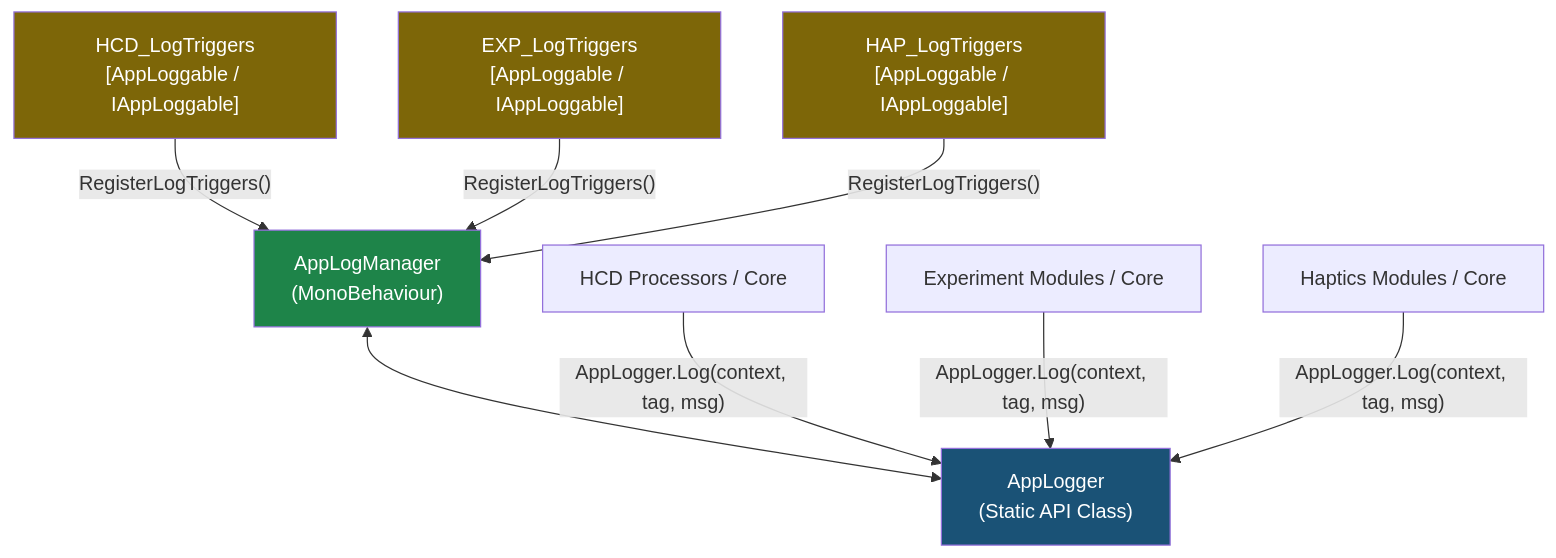
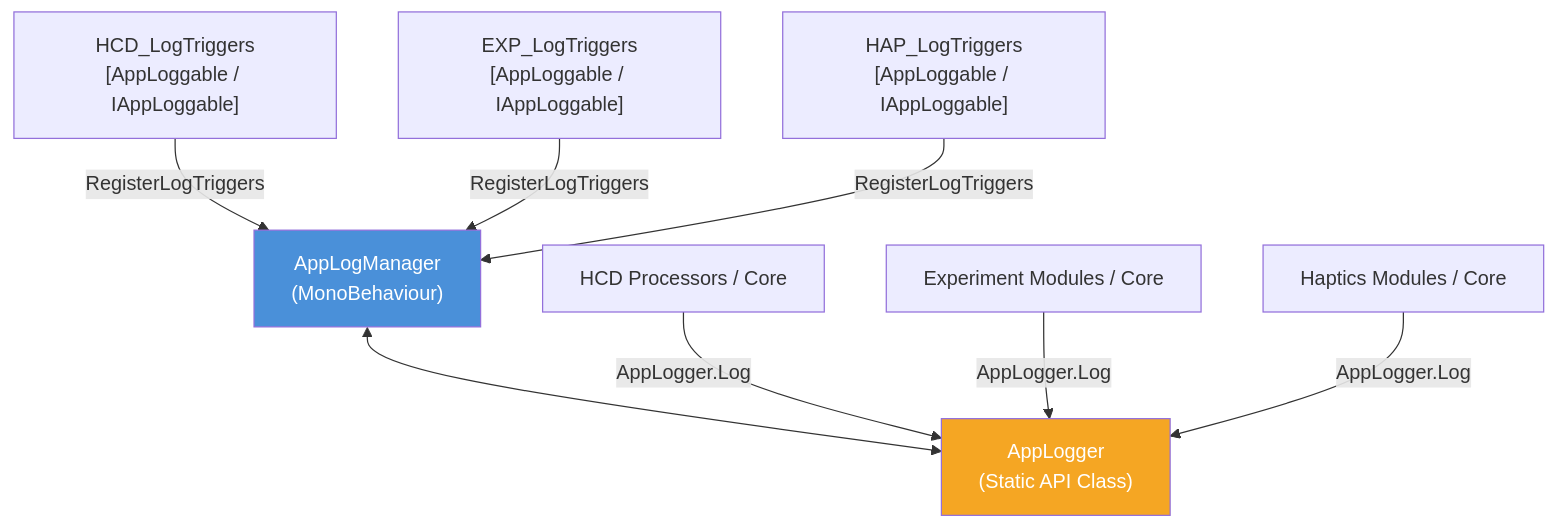
The diagram in Docs/Logging.md (kotetsuOU/HandTrakingDemo), drawn with Mermaid before and after one commit. The commit also changed other lines of this file and 20 other files, not shown here.

````diff
--- a/Docs/Logging.md
+++ b/Docs/Logging.md
@@ -41,18 +41,15 @@
 ```mermaid
 graph TD
     AppLogManager["AppLogManager<br/>(MonoBehaviour)"] <--> AppLogger["AppLogger<br/>(Static API Class)"]
-    
-    LogTriggersHCD["HCD_LogTriggers<br/>[AppLoggable / IAppLoggable]"] -->|"RegisterLogTriggers()"| AppLogManager
-    LogTriggersEXP["EXP_LogTriggers<br/>[AppLoggable / IAppLoggable]"] -->|"RegisterLogTriggers()"| AppLogManager
-    LogTriggersHAP["HAP_LogTriggers<br/>[AppLoggable / IAppLoggable]"] -->|"RegisterLogTriggers()"| AppLogManager
 
-    Processors["HCD Processors / Core"] -->|"AppLogger.Log(context, tag, msg)"| AppLogger
-    EXPModules["Experiment Modules / Core"] -->|"AppLogger.Log(context, tag, msg)"| AppLogger
-    HAPModules["Haptics Modules / Core"] -->|"AppLogger.Log(context, tag, msg)"| AppLogger
+    LogTriggersHCD["HCD_LogTriggers<br/>[AppLoggable / IAppLoggable]"] --> |RegisterLogTriggers| AppLogManager
+    LogTriggersEXP["EXP_LogTriggers<br/>[AppLoggable / IAppLoggable]"] --> |RegisterLogTriggers| AppLogManager
+    LogTriggersHAP["HAP_LogTriggers<br/>[AppLoggable / IAppLoggable]"] --> |RegisterLogTriggers| AppLogManager
 
-    style AppLogManager fill:#1E8449,color:#fff
-    style AppLogger fill:#1A5276,color:#fff
-    style LogTriggersHCD fill:#7D6608,color:#fff
-    style LogTriggersEXP fill:#7D6608,color:#fff
-    style LogTriggersHAP fill:#7D6608,color:#fff
+    Processors["HCD Processors / Core"] --> |AppLogger.Log| AppLogger
+    EXPModules["Experiment Modules / Core"] --> |AppLogger.Log| AppLogger
+    HAPModules["Haptics Modules / Core"] --> |AppLogger.Log| AppLogger
+
+    style AppLogManager fill:#4a90d9,color:#fff
+    style AppLogger fill:#f5a623,color:#fff
 ```
````
